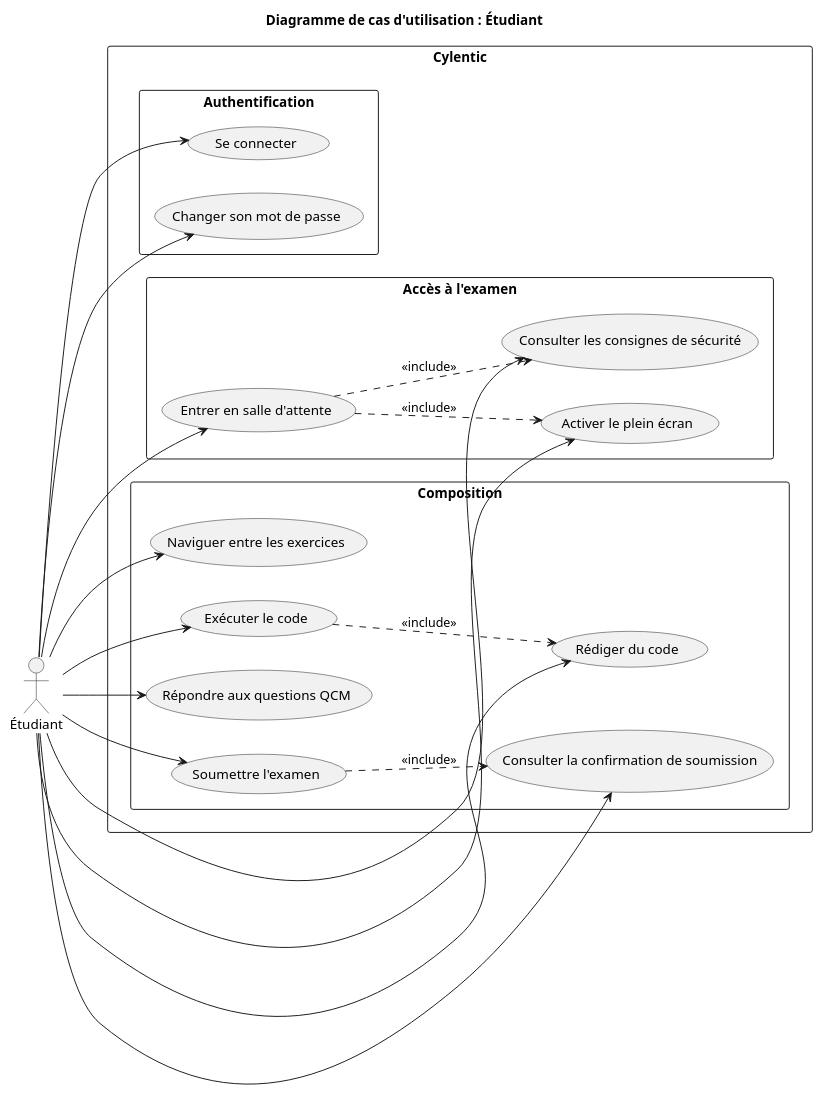
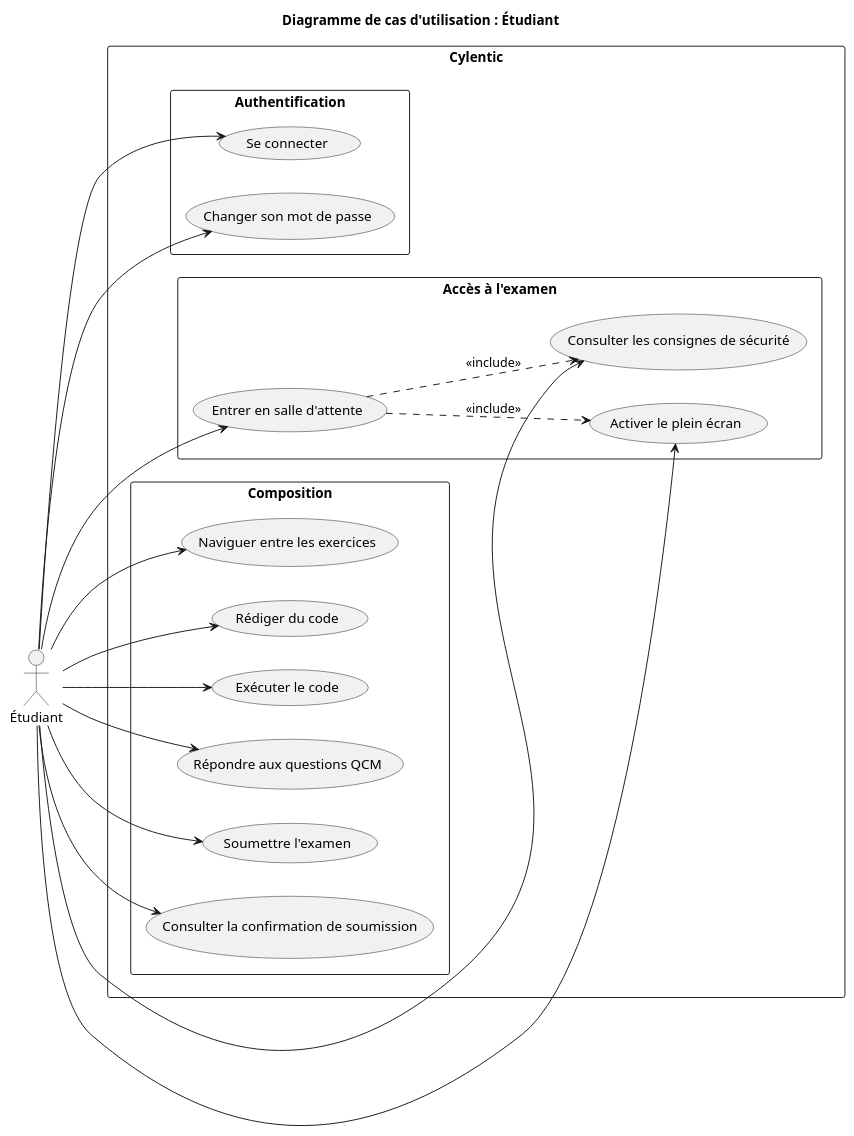
One commit to progirix/cylentic changed the diagram in docs/diagrammes/04_usecase_etudiant.puml. Above: the diagram before and after it, drawn with PlantUML.

Commit message:
Corrige les relations du use case Étudiant

```diff
--- a/docs/diagrammes/04_usecase_etudiant.puml
+++ b/docs/diagrammes/04_usecase_etudiant.puml
@@ -1,50 +1,48 @@
 @startuml
 left to right direction
 skinparam shadowing false
 skinparam packageStyle rectangle
 
 title Diagramme de cas d'utilisation : Étudiant
 
 actor "Étudiant" as Etu
 
 rectangle "Cylentic" {
 
   package "Authentification" {
     usecase "Se connecter" as UC1
     usecase "Changer son mot de passe" as UC2
   }
 
   package "Accès à l'examen" {
     usecase "Consulter les consignes de sécurité" as UC3
     usecase "Activer le plein écran" as UC4
     usecase "Entrer en salle d'attente" as UC5
   }
 
   package "Composition" {
     usecase "Naviguer entre les exercices" as UC6
     usecase "Rédiger du code" as UC7
     usecase "Exécuter le code" as UC8
     usecase "Répondre aux questions QCM" as UC9
     usecase "Soumettre l'examen" as UC10
     usecase "Consulter la confirmation de soumission" as UC11
   }
 }
 
 Etu --> UC1
 Etu --> UC2
 Etu --> UC3
 Etu --> UC4
 Etu --> UC5
 Etu --> UC6
 Etu --> UC7
 Etu --> UC8
 Etu --> UC9
 Etu --> UC10
 Etu --> UC11
 
 UC5 ..> UC3 : <<include>>
 UC5 ..> UC4 : <<include>>
-UC8 ..> UC7 : <<include>>
-UC10 ..> UC11 : <<include>>
 
 @enduml
```
